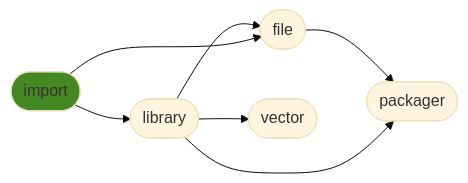
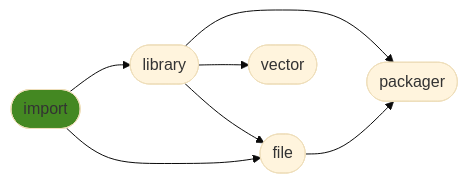
Before and after one commit to ManderaGeneral/generalimport: the diagram in README.md, drawn with Mermaid (base theme). The commit also changed other lines of this file, not shown here.

````diff
--- a/README.md
+++ b/README.md
@@ -28,15 +28,15 @@
 ```mermaid
 flowchart LR
-1([library]) --> 2([file])
-1([library]) --> 3([vector])
-2([file]) --> 4([packager])
 0([import]) --> 1([library])
 0([import]) --> 2([file])
 1([library]) --> 4([packager])
+1([library]) --> 3([vector])
+1([library]) --> 2([file])
+2([file]) --> 4([packager])
 click 0 "https://github.com/ManderaGeneral/generalimport"
 click 1 "https://github.com/ManderaGeneral/generallibrary"
 click 2 "https://github.com/ManderaGeneral/generalfile"
 click 3 "https://github.com/ManderaGeneral/generalvector"
 click 4 "https://github.com/ManderaGeneral/generalpackager"
 style 0 fill:#482
 ```
````
